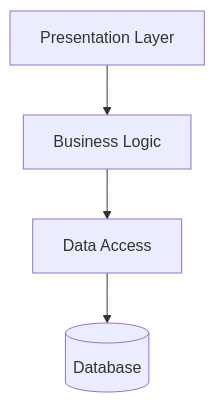
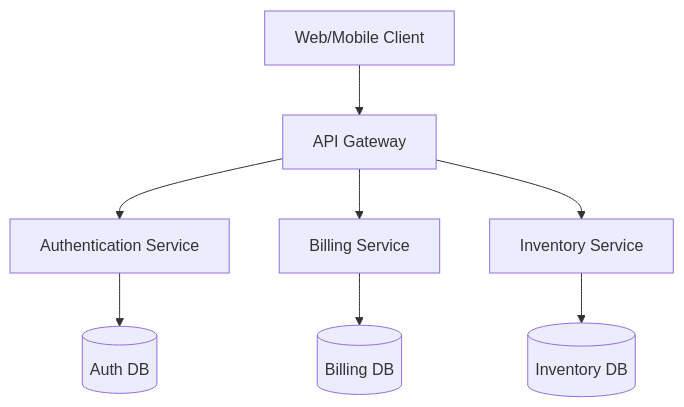
Before and after one commit to mua22/mern-web-book: the first of 4 diagrams in docs/01-web-fundamentals/02-web-architectures.md, drawn with Mermaid. The commit also changed other lines of this file and 114 other files, not shown here.

````diff
--- a/docs/01-web-fundamentals/02-web-architectures.md
+++ b/docs/01-web-fundamentals/02-web-architectures.md
@@ -86,6 +24,10 @@
 ```mermaid
 graph TD
-UI[Presentation Layer] --> BL[Business Logic]
-BL --> DA[Data Access]
-DA --> DB[(Database)]
+    Client[Web/Mobile Client] --> API[API Gateway]
+    API --> Auth[Authentication Service]
+    API --> Bill[Billing Service]
+    API --> Inv[Inventory Service]
+    Auth --> DB1[(Auth DB)]
+    Bill --> DB2[(Billing DB)]
+    Inv --> DB3[(Inventory DB)]
 ```
````
